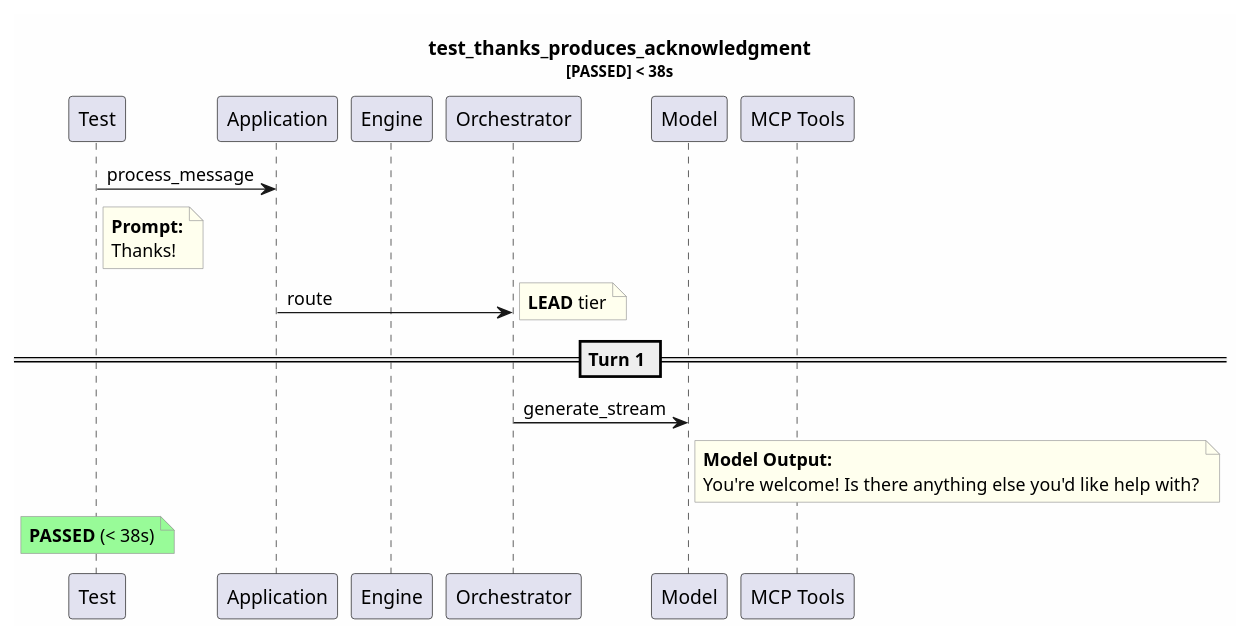
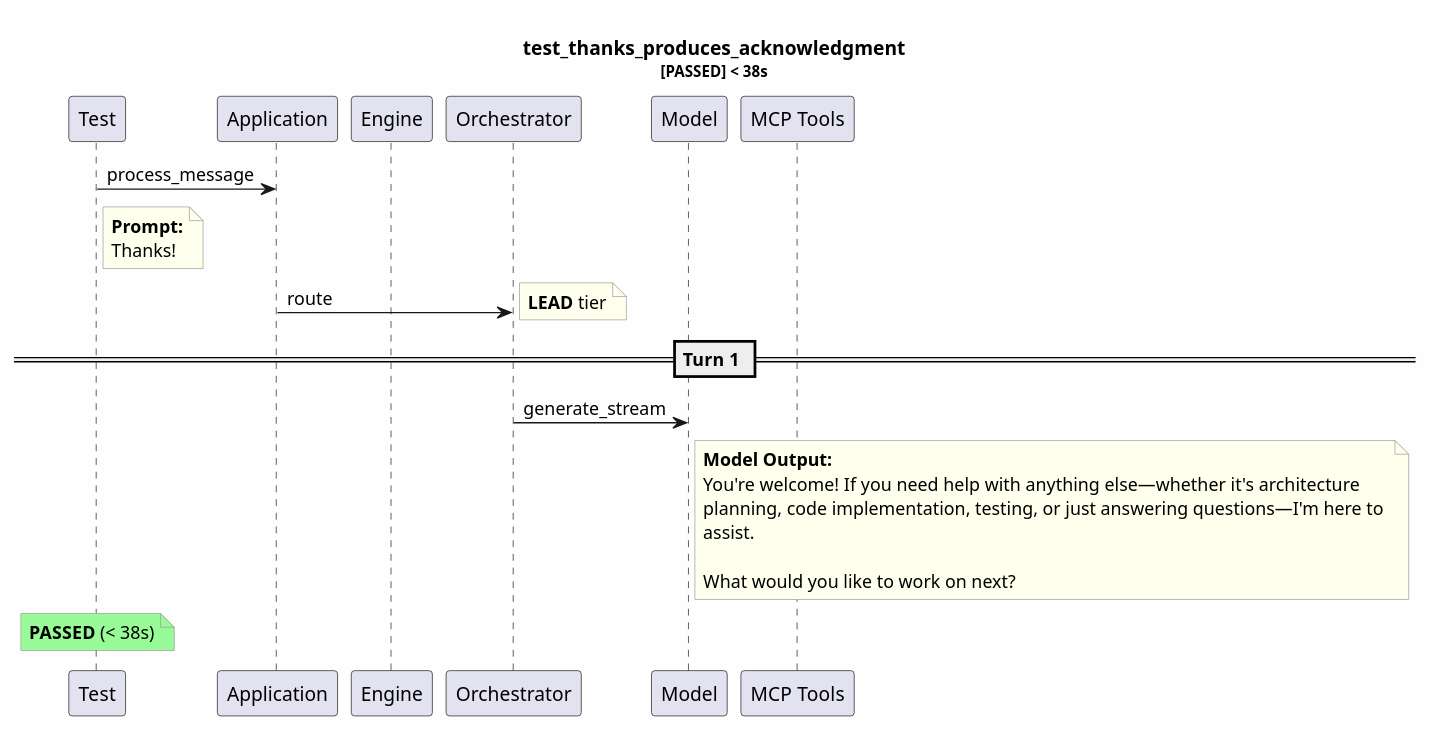
The diagram in test-reports/logs/test_thanks_produces_acknowledgment/test_thanks_produces_acknowledgment.puml (tvanfossen/entropic), drawn with PlantUML before and after one commit. The commit also changed 18 other files, not shown here.

```diff
--- a/test-reports/logs/test_thanks_produces_acknowledgment/test_thanks_produces_acknowledgment.puml
+++ b/test-reports/logs/test_thanks_produces_acknowledgment/test_thanks_produces_acknowledgment.puml
@@ -1,31 +1,35 @@
 @startuml
 skinparam backgroundColor #FEFEFE
 skinparam noteBorderColor #999999
 skinparam noteBackgroundColor #FFFFEE
 title test_thanks_produces_acknowledgment\n<size:11>[PASSED] < 38s</size>
 
 participant "Test" as T
 participant "Application" as App
 participant "Engine" as Eng
 participant "Orchestrator" as Orch
 participant "Model" as Mdl
 participant "MCP Tools" as MCP
 
 T -> App: process_message
 note right of T
   **Prompt:**
   Thanks!
 end note
 App -> Orch: route
 note right: **LEAD** tier
 == Turn 1 ==
 Orch -> Mdl: generate_stream
 note right of Mdl
   **Model Output:**
-  You're welcome! Is there anything else you'd like help with?
+  You're welcome! If you need help with anything else—whether it's architecture 
+  planning, code implementation, testing, or just answering questions—I'm here to 
+  assist. 
+  
+  What would you like to work on next?
 end note
 note over T #palegreen
   **PASSED** (< 38s)
 end note
 
 @enduml
```
